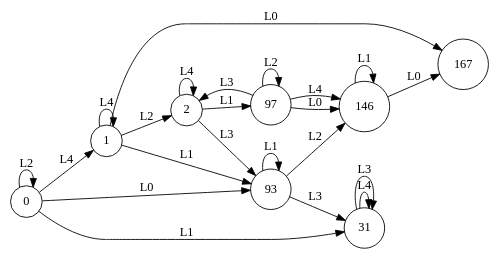
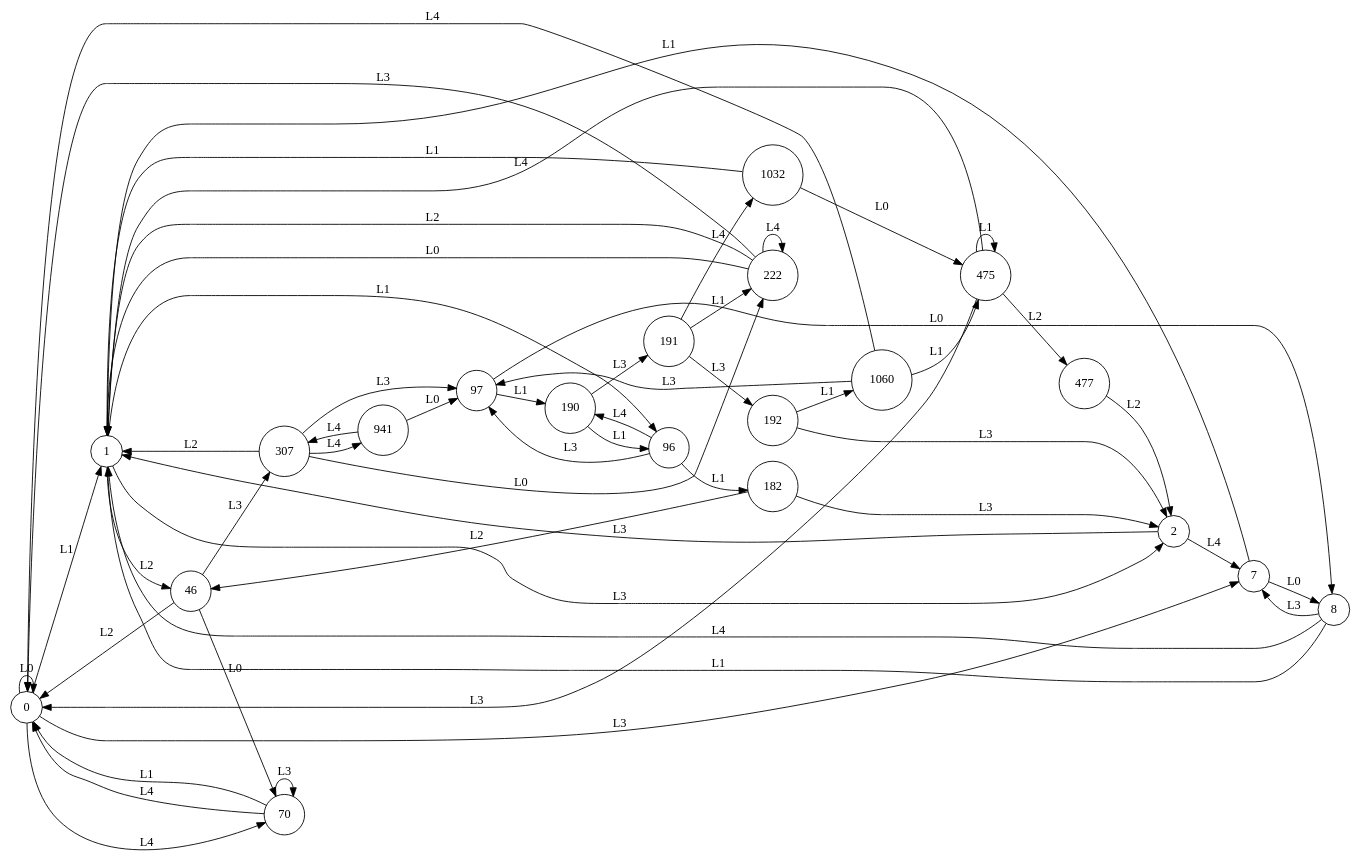
Before and after one commit to k85-ai/KB1: the diagram in learning_E0/learnt-automaton_10_2_5_9~6.dot, drawn with Graphviz. The commit also changed 403 other files, not shown here.

Commit message:
rerun basic edsm model and upload figure

```diff
--- a/learning_E0/learnt-automaton_10_2_5_9~6.dot
+++ b/learning_E0/learnt-automaton_10_2_5_9~6.dot
@@ -1,33 +1,77 @@
 digraph learntMachine {
   rankdir=LR;
   0 [shape=circle, label="0"];
   1 [shape=circle, label="1"];
   2 [shape=circle, label="2"];
-  31 [shape=circle, label="31"];
-  93 [shape=circle, label="93"];
+  7 [shape=circle, label="7"];
+  8 [shape=circle, label="8"];
+  46 [shape=circle, label="46"];
+  70 [shape=circle, label="70"];
+  96 [shape=circle, label="96"];
   97 [shape=circle, label="97"];
-  146 [shape=circle, label="146"];
-  167 [shape=circle, label="167"];
-  0 -> 1 [label="L4"];
-  1 -> 2 [label="L2"];
-  2 -> 93 [label="L3"];
-  0 -> 0 [label="L2"];
-  0 -> 31 [label="L1"];
-  31 -> 31 [label="L4"];
-  1 -> 1 [label="L4"];
-  0 -> 93 [label="L0"];
-  2 -> 97 [label="L1"];
-  97 -> 97 [label="L2"];
-  1 -> 93 [label="L1"];
-  93 -> 146 [label="L2"];
-  146 -> 146 [label="L1"];
-  1 -> 167 [label="L0"];
-  31 -> 31 [label="L3"];
-  2 -> 2 [label="L4"];
-  97 -> 146 [label="L0"];
-  97 -> 2 [label="L3"];
-  146 -> 167 [label="L0"];
-  97 -> 146 [label="L4"];
-  93 -> 93 [label="L1"];
-  93 -> 31 [label="L3"];
+  182 [shape=circle, label="182"];
+  190 [shape=circle, label="190"];
+  191 [shape=circle, label="191"];
+  192 [shape=circle, label="192"];
+  222 [shape=circle, label="222"];
+  307 [shape=circle, label="307"];
+  475 [shape=circle, label="475"];
+  477 [shape=circle, label="477"];
+  941 [shape=circle, label="941"];
+  1032 [shape=circle, label="1032"];
+  1060 [shape=circle, label="1060"];
+  0 -> 1 [label="L1"];
+  1 -> 2 [label="L3"];
+  2 -> 7 [label="L4"];
+  0 -> 0 [label="L0"];
+  7 -> 8 [label="L0"];
+  8 -> 1 [label="L4"];
+  46 -> 70 [label="L0"];
+  2 -> 1 [label="L3"];
+  70 -> 70 [label="L3"];
+  1 -> 96 [label="L1"];
+  96 -> 97 [label="L3"];
+  97 -> 190 [label="L1"];
+  97 -> 8 [label="L0"];
+  96 -> 182 [label="L1"];
+  182 -> 46 [label="L2"];
+  96 -> 190 [label="L4"];
+  190 -> 191 [label="L3"];
+  191 -> 192 [label="L3"];
+  192 -> 2 [label="L3"];
+  222 -> 1 [label="L2"];
+  70 -> 0 [label="L1"];
+  46 -> 0 [label="L2"];
+  182 -> 2 [label="L3"];
+  46 -> 307 [label="L3"];
+  307 -> 97 [label="L3"];
+  7 -> 1 [label="L1"];
+  8 -> 7 [label="L3"];
+  475 -> 475 [label="L1"];
+  8 -> 1 [label="L1"];
+  190 -> 96 [label="L1"];
+  307 -> 941 [label="L4"];
+  941 -> 307 [label="L4"];
+  191 -> 1032 [label="L4"];
+  1032 -> 1 [label="L1"];
+  1060 -> 475 [label="L1"];
+  307 -> 1 [label="L2"];
+  0 -> 7 [label="L3"];
+  0 -> 70 [label="L4"];
+  1 -> 46 [label="L2"];
+  70 -> 0 [label="L4"];
+  307 -> 222 [label="L0"];
+  192 -> 1060 [label="L1"];
+  475 -> 1 [label="L4"];
+  1032 -> 475 [label="L0"];
+  1060 -> 0 [label="L4"];
+  222 -> 0 [label="L3"];
+  222 -> 222 [label="L4"];
+  941 -> 97 [label="L0"];
+  475 -> 0 [label="L3"];
+  1060 -> 97 [label="L3"];
+  222 -> 1 [label="L0"];
+  191 -> 222 [label="L1"];
+  475 -> 477 [label="L2"];
+  477 -> 2 [label="L2"];
 }
```
